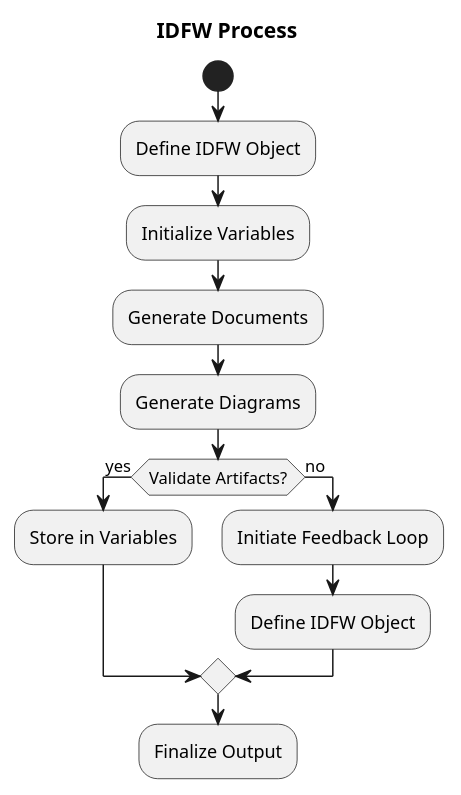
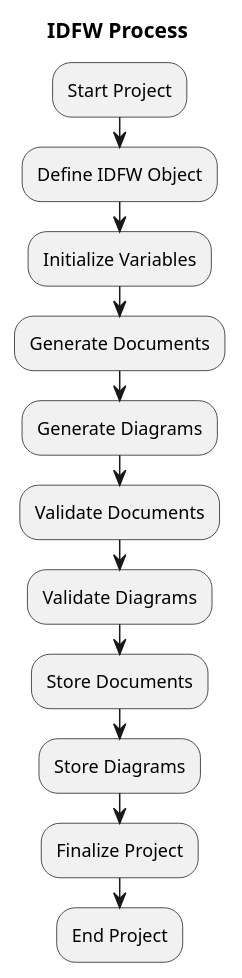
Before and after one commit to peguesj/idfw: the second of 4 diagrams in README.md, drawn with PlantUML. The commit also changed other lines of this file and 1 other file, not shown here.

````diff
--- a/README.md
+++ b/README.md
@@ -97,17 +103,16 @@
 ```plantuml
 @startuml "IDEA Flow".wsd
   title "IDFW Process"
-  start
+  :Start Project;
   :Define IDFW Object;
   :Initialize Variables;
   :Generate Documents;
   :Generate Diagrams;
-  if (Validate Artifacts?) then (yes)
-    :Store in Variables;
-  else (no)
-    :Initiate Feedback Loop;
-    :Define IDFW Object;
-  endif
-  :Finalize Output;
+  :Validate Documents;
+  :Validate Diagrams;
+  :Store Documents;
+  :Store Diagrams;
+  :Finalize Project;
+  :End Project;
 @enduml
 ```
````
